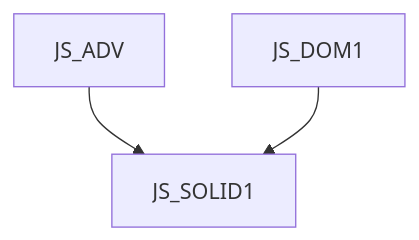
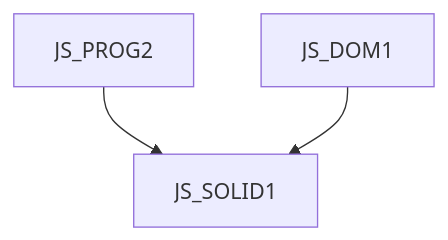
Before and after one commit to mbradic/gopas-osnovy: the diagram in JS_SOLID1 CZ.md, drawn with Mermaid. The commit also changed other lines of this file and 31 other files, not shown here.

Commit message:
Update: JS_INTRO a JS_ADV -> JS_PROG1 a JS_PROG2

````diff
--- a/JS_SOLID1 CZ.md
+++ b/JS_SOLID1 CZ.md
@@ -11,5 +11,5 @@
 ```mermaid
 graph TD
-    JS_ADV --> JS_SOLID1
+    JS_PROG2 --> JS_SOLID1
     JS_DOM1 --> JS_SOLID1
 ```
````
